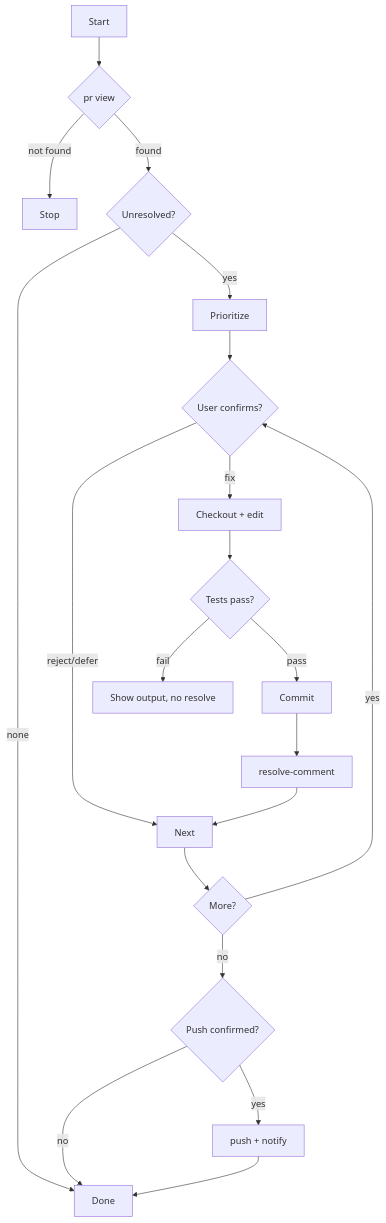
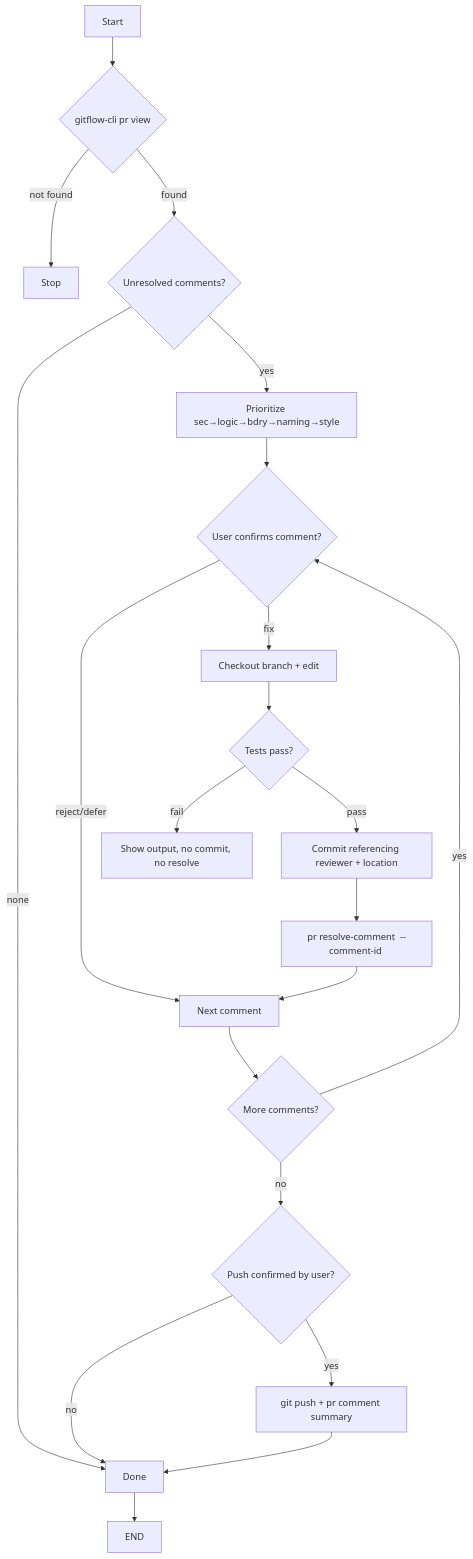
One commit to byx-darwin/gitflow-cli changed the diagram in skills/gitflow-pr-apply-feedback/SKILL.md. Above: the diagram before and after it, drawn with Mermaid. The commit also changed other lines of this file and 180 other files, not shown here.

````diff
--- a/skills/gitflow-pr-apply-feedback/SKILL.md
+++ b/skills/gitflow-pr-apply-feedback/SKILL.md
@@ -58,22 +89,23 @@
 ```mermaid
 flowchart TD
-    A[Start] --> B{pr view <pr>}
-    B -->|not found| S1[Stop]
-    B -->|found| C{Unresolved?}
-    C -->|none| DONE[Done]
-    C -->|yes| D[Prioritize]
-    D --> E{User confirms?}
-    E -->|reject/defer| N[Next]
-    E -->|fix| F[Checkout + edit]
-    F --> G{Tests pass?}
-    G -->|fail| H[Show output, no resolve]
-    G -->|pass| I[Commit]
-    I --> J[resolve-comment]
-    J --> N
-    N --> K{More?}
-    K -->|yes| E
-    K -->|no| L{Push confirmed?}
-    L -->|no| DONE
-    L -->|yes| M[push + notify]
-    M --> DONE
+  A[Start] --> B{gitflow-cli pr view <pr>}
+  B -->|not found| STOP[Stop]
+  B -->|found| C{Unresolved comments?}
+  C -->|none| DONE[Done]
+  C -->|yes| D[Prioritize sec→logic→bdry→naming→style]
+  D --> E{User confirms comment?}
+  E -->|reject/defer| NEXT[Next comment]
+  E -->|fix| F[Checkout branch + edit]
+  F --> G{Tests pass?}
+  G -->|fail| H[Show output, no commit, no resolve]
+  G -->|pass| I[Commit referencing reviewer + location]
+  I --> J[pr resolve-comment <pr> --comment-id <id>]
+  J --> NEXT
+  NEXT --> K{More comments?}
+  K -->|yes| E
+  K -->|no| L{Push confirmed by user?}
+  L -->|no| DONE
+  L -->|yes| M[git push + pr comment summary]
+  M --> DONE
+  DONE --> END
 ```
````
